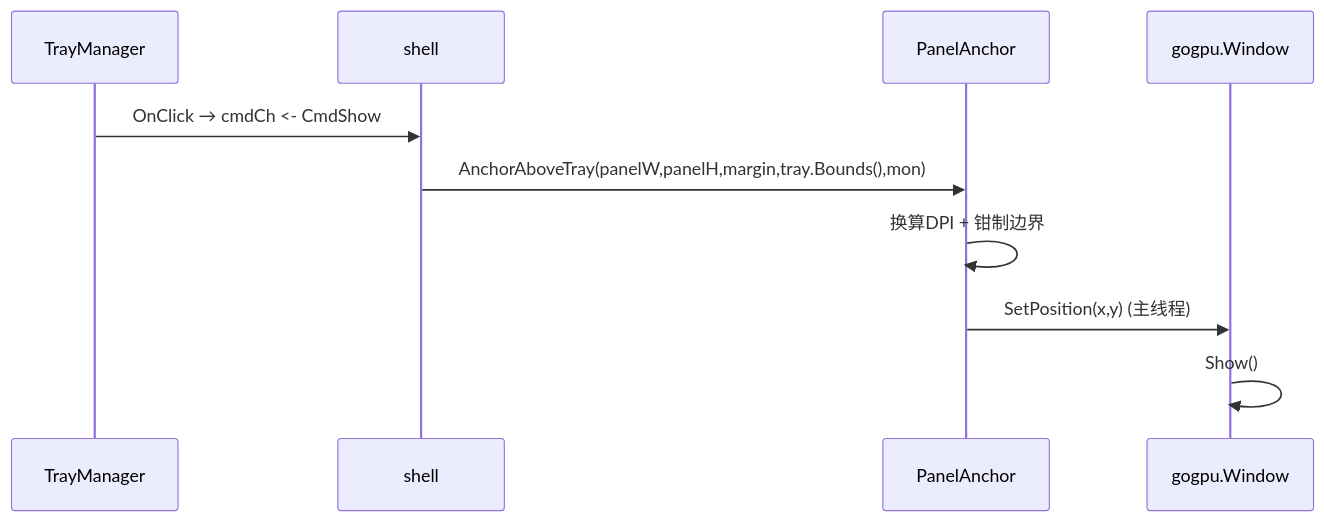
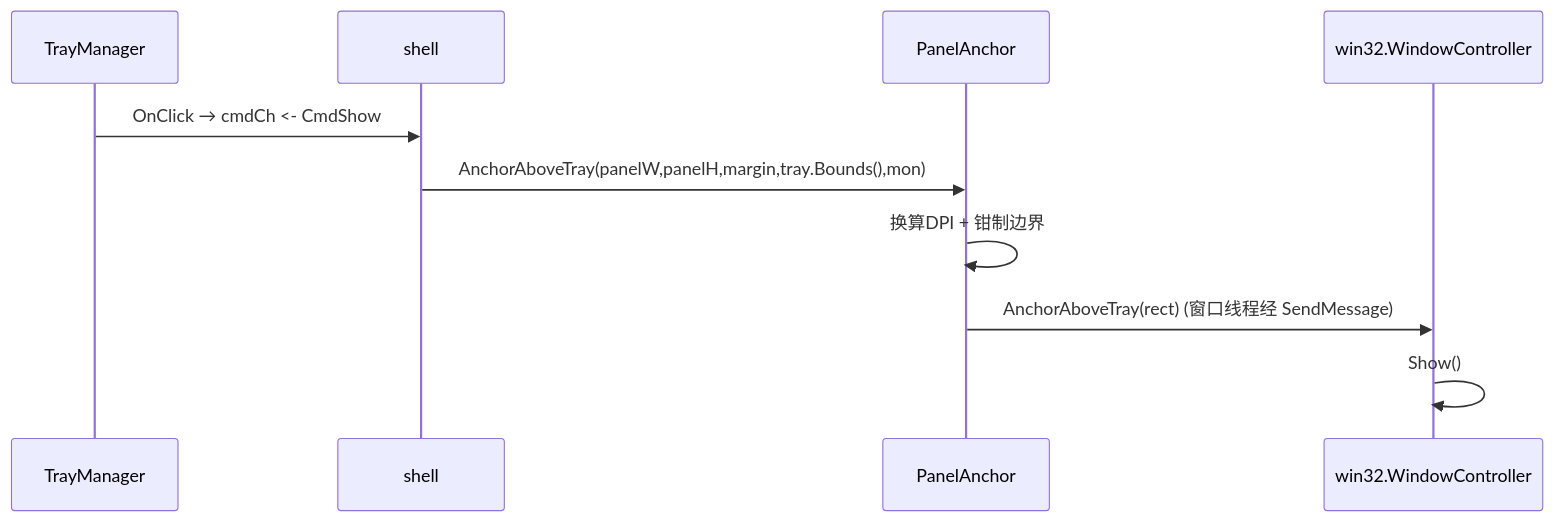
The third of 4 diagrams in docs/20-Platform/MultiMonitor.md (shaolei/DeskCalendar), drawn with Mermaid before and after one commit. The commit also changed other lines of this file and 25 other files, not shown here.

````diff
--- a/docs/20-Platform/MultiMonitor.md
+++ b/docs/20-Platform/MultiMonitor.md
@@ -81,12 +81,12 @@
 ```mermaid
 sequenceDiagram
     participant Tray as TrayManager
     participant Sh as shell
     participant A as PanelAnchor
-    participant Win as gogpu.Window
+    participant Win as win32.WindowController
     Tray->>Sh: OnClick → cmdCh <- CmdShow
     Sh->>A: AnchorAboveTray(panelW,panelH,margin,tray.Bounds(),mon)
     A->>A: 换算DPI + 钳制边界
-    A->>Win: SetPosition(x,y) (主线程)
+    A->>Win: AnchorAboveTray(rect) (窗口线程经 SendMessage)
     Win->>Win: Show()
 ```
````
